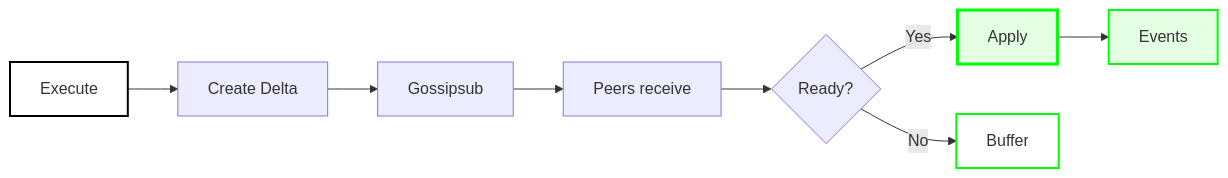
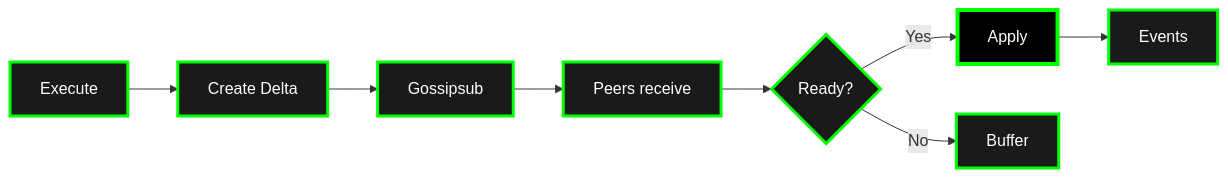
Before and after one commit to calimero-network/docs: the third of 6 diagrams in docs/core-concepts/architecture.md, drawn with Mermaid. The commit also changed other lines of this file, not shown here.

First line of the commit message:
fix: Update all graphs to use dark fills with green borders for visibility

````diff
--- a/docs/core-concepts/architecture.md
+++ b/docs/core-concepts/architecture.md
@@ -56,15 +56,19 @@
 ```mermaid
 flowchart LR
     TXN[Execute] --> DELTA[Create Delta]
     DELTA --> GOSSIP[Gossipsub]
     GOSSIP --> RECEIVE[Peers receive]
     RECEIVE --> READY{Ready?}
     READY -->|Yes| APPLY[Apply]
     READY -->|No| BUFFER[Buffer]
     APPLY --> EVENTS[Events]
     
-    style TXN fill:#ffffff,stroke:#000000,stroke-width:2px
-    style APPLY fill:#e5ffe5,stroke:#00ff00,stroke-width:3px
-    style EVENTS fill:#e5ffe5,stroke:#00ff00,stroke-width:2px
-    style BUFFER fill:#ffffff,stroke:#00ff00,stroke-width:2px
+    style TXN fill:#1a1a1a,stroke:#00ff00,stroke-width:3px,color:#ffffff
+    style DELTA fill:#1a1a1a,stroke:#00ff00,stroke-width:3px,color:#ffffff
+    style GOSSIP fill:#1a1a1a,stroke:#00ff00,stroke-width:3px,color:#ffffff
+    style RECEIVE fill:#1a1a1a,stroke:#00ff00,stroke-width:3px,color:#ffffff
+    style READY fill:#1a1a1a,stroke:#00ff00,stroke-width:3px,color:#ffffff
+    style APPLY fill:#000000,stroke:#00ff00,stroke-width:4px,color:#ffffff
+    style EVENTS fill:#1a1a1a,stroke:#00ff00,stroke-width:3px,color:#ffffff
+    style BUFFER fill:#1a1a1a,stroke:#00ff00,stroke-width:3px,color:#ffffff
 ```
````
